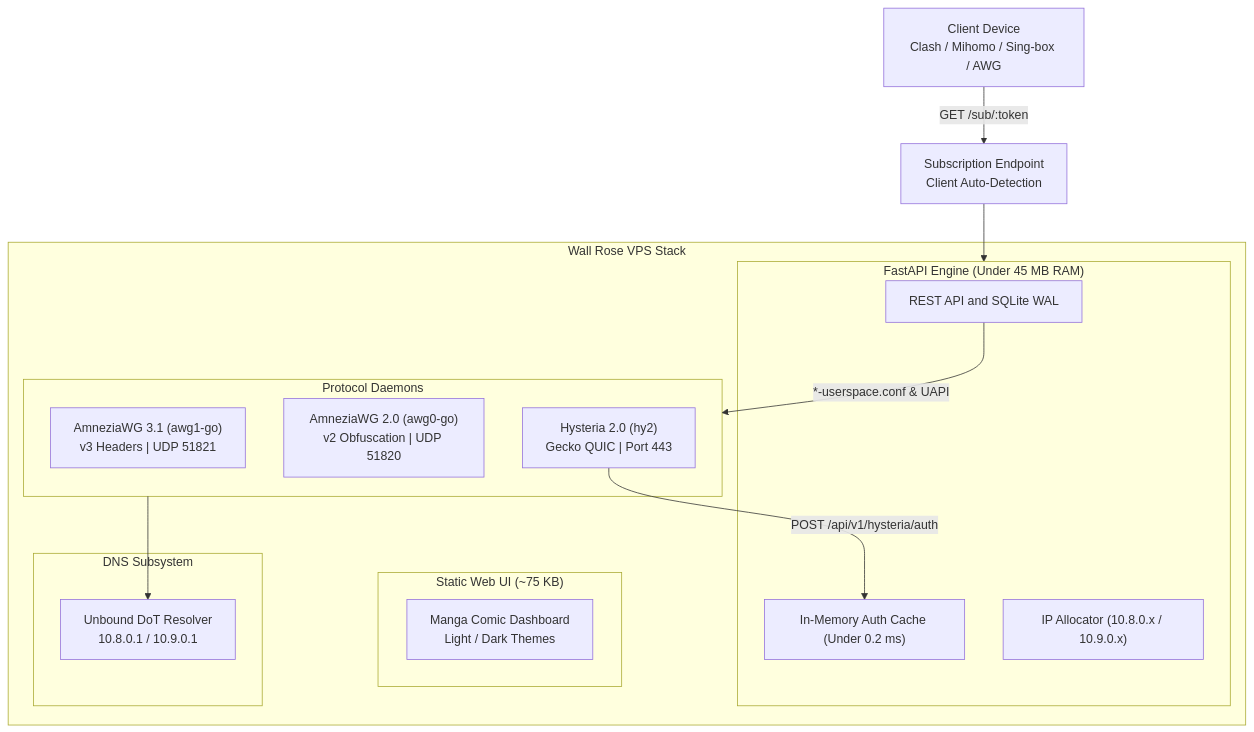
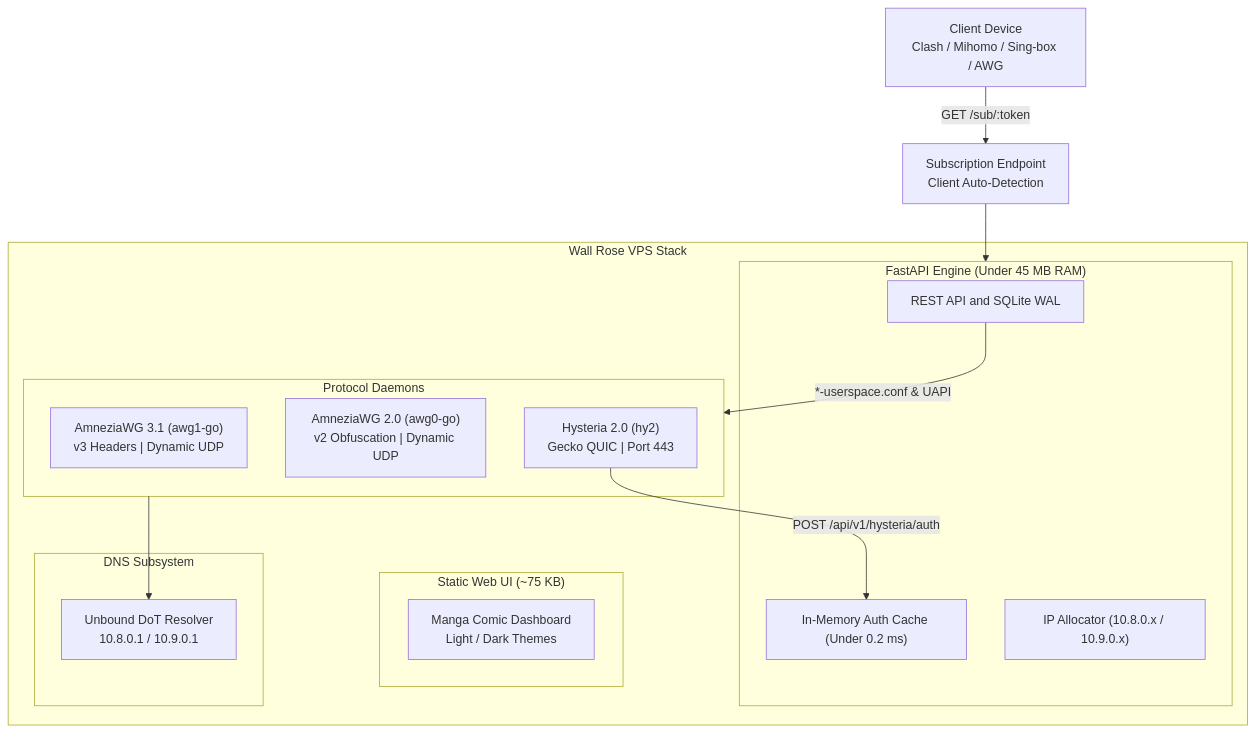
Before and after one commit to h1am7a/wall-rose: the diagram in README.md, drawn with Mermaid. The commit also changed other lines of this file and 18 other files, not shown here.

````diff
--- a/README.md
+++ b/README.md
@@ -30,31 +30,31 @@
 ```mermaid
 flowchart TD
     Client["Client Device<br>Clash / Mihomo / Sing-box / AWG"] -->|"GET /sub/:token"| SubEndpoint["Subscription Endpoint<br>Client Auto-Detection"]
 
     subgraph Server ["Wall Rose VPS Stack"]
         subgraph UI ["Static Web UI (~75 KB)"]
             Web["Manga Comic Dashboard<br>Light / Dark Themes"]
         end
 
         subgraph Backend ["FastAPI Engine (Under 45 MB RAM)"]
             API["REST API and SQLite WAL"]
             Cache["In-Memory Auth Cache (Under 0.2 ms)"]
             IPAM["IP Allocator (10.8.0.x / 10.9.0.x)"]
         end
 
         subgraph Daemons ["Protocol Daemons"]
-            AWG31["AmneziaWG 3.1 (awg1-go)<br>v3 Headers | UDP 51821"]
-            AWG20["AmneziaWG 2.0 (awg0-go)<br>v2 Obfuscation | UDP 51820"]
+            AWG31["AmneziaWG 3.1 (awg1-go)<br>v3 Headers | Dynamic UDP"]
+            AWG20["AmneziaWG 2.0 (awg0-go)<br>v2 Obfuscation | Dynamic UDP"]
             HY2["Hysteria 2.0 (hy2)<br>Gecko QUIC | Port 443"]
         end
 
         subgraph DNS ["DNS Subsystem"]
             Unbound["Unbound DoT Resolver<br>10.8.0.1 / 10.9.0.1"]
         end
     end
 
     SubEndpoint --> Backend
     API -->|"*-userspace.conf & UAPI"| Daemons
     HY2 -->|"POST /api/v1/hysteria/auth"| Cache
     Daemons --> Unbound
 ```
````
